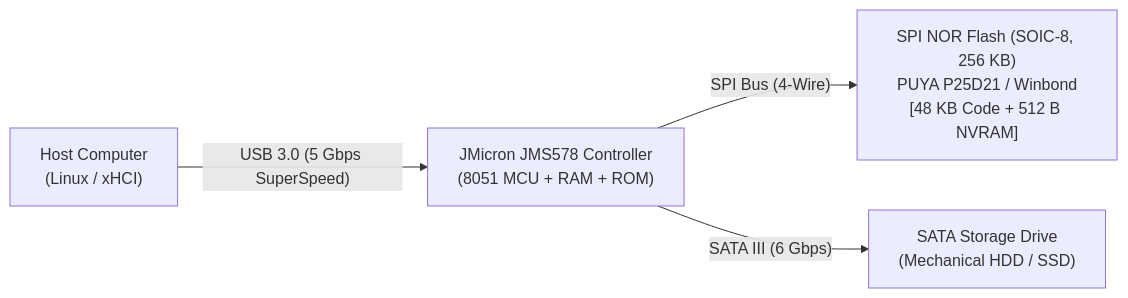
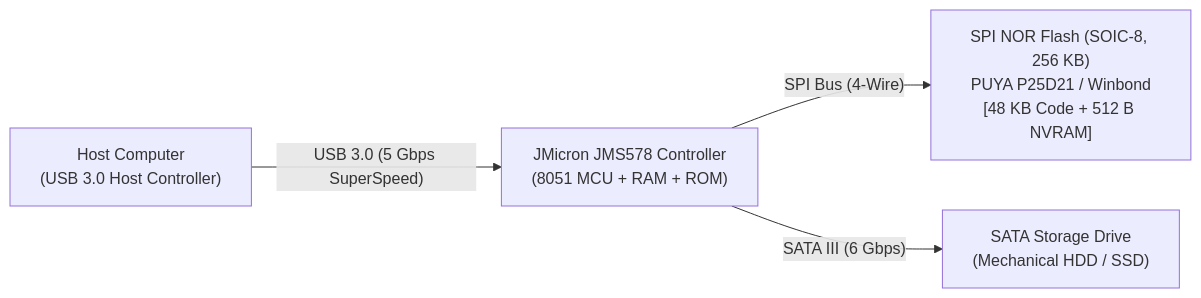
One commit to khoipm06/jms578-firmware-guide changed the first of 4 diagrams in README.md. Above: the diagram before and after it, drawn with Mermaid. The commit also changed other lines of this file and 3 other files, not shown here.

````diff
--- a/README.md
+++ b/README.md
@@ -44,6 +41,6 @@
 ```mermaid
 graph LR
-    Host["Host Computer<br/>(Linux / xHCI)"] -- "USB 3.0 (5 Gbps SuperSpeed)" --> JMS578["JMicron JMS578 Controller<br/>(8051 MCU + RAM + ROM)"]
+    Host["Host Computer<br/>(USB 3.0 Host Controller)"] -- "USB 3.0 (5 Gbps SuperSpeed)" --> JMS578["JMicron JMS578 Controller<br/>(8051 MCU + RAM + ROM)"]
     JMS578 -- "SPI Bus (4-Wire)" --> SPIFlash["SPI NOR Flash (SOIC-8, 256 KB)<br/>PUYA P25D21 / Winbond<br/>[48 KB Code + 512 B NVRAM]"]
     JMS578 -- "SATA III (6 Gbps)" --> Drive["SATA Storage Drive<br/>(Mechanical HDD / SSD)"]
 ```
````
